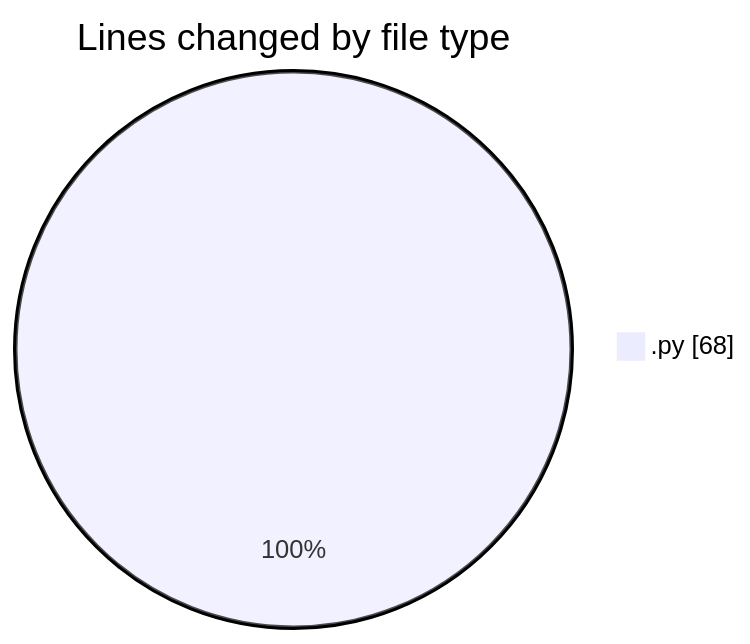
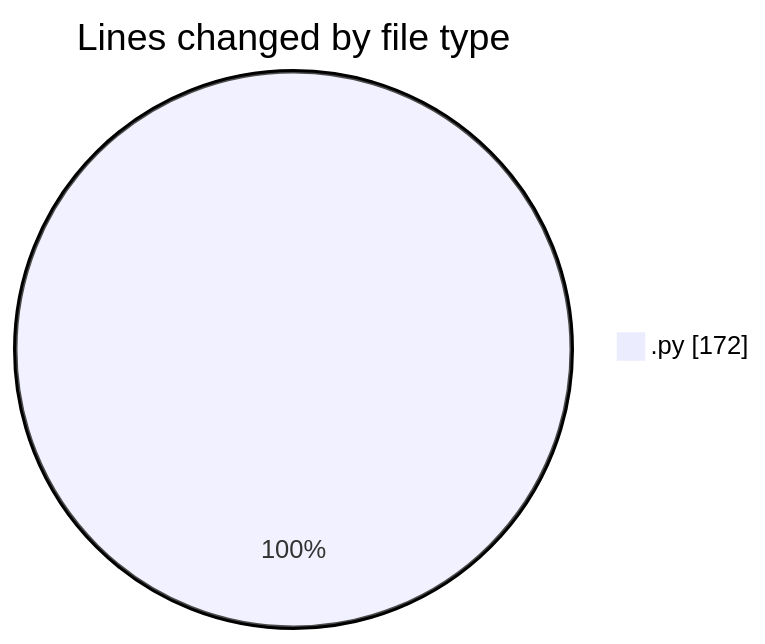
Before and after one commit to hasnaa123/code-tracking: the first of 2 diagrams in 2026-02-23/student_performance_system/README.md, drawn with Mermaid. The commit also changed other lines of this file and 1 other file, not shown here.

````diff
--- a/2026-02-23/student_performance_system/README.md
+++ b/2026-02-23/student_performance_system/README.md
@@ -20,5 +20,5 @@
 ```mermaid
 pie showData
 title Lines changed by file type
-".py" : 68
+".py" : 172
 ```
````
